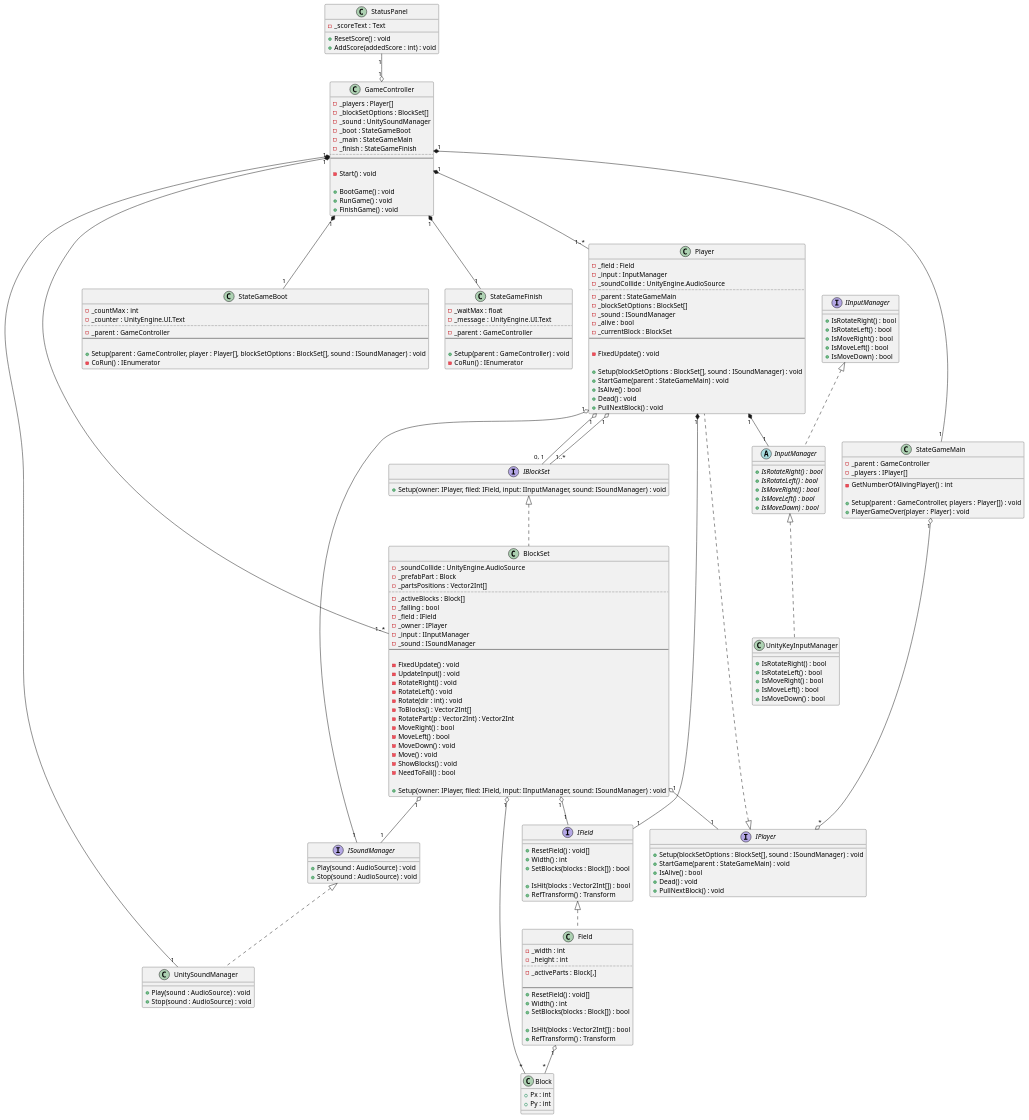
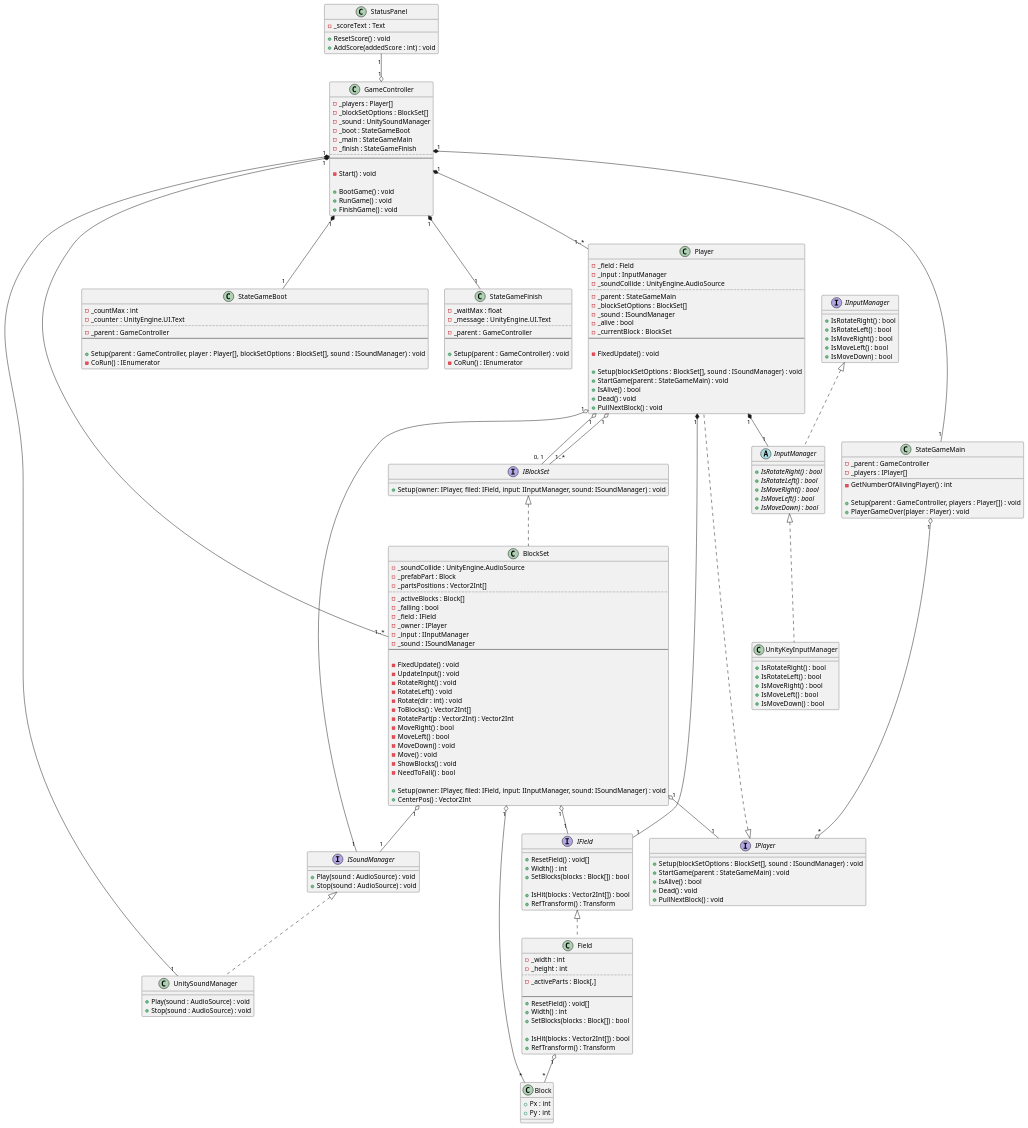
Before and after one commit to azarashin/UnityTetris: the diagram in Documents/PlantUML/CD_Main.pu, drawn with PlantUML. The commit also changed 5 other files, not shown here.

```diff
--- a/Documents/PlantUML/CD_Main.pu
+++ b/Documents/PlantUML/CD_Main.pu
@@ -185,6 +185,7 @@
     - NeedToFall() : bool
 
     + Setup(owner: IPlayer, filed: IField, input: IInputManager, sound: ISoundManager) : void
+    + CenterPos() : Vector2Int
 }
 
 interface ISoundManager
```
